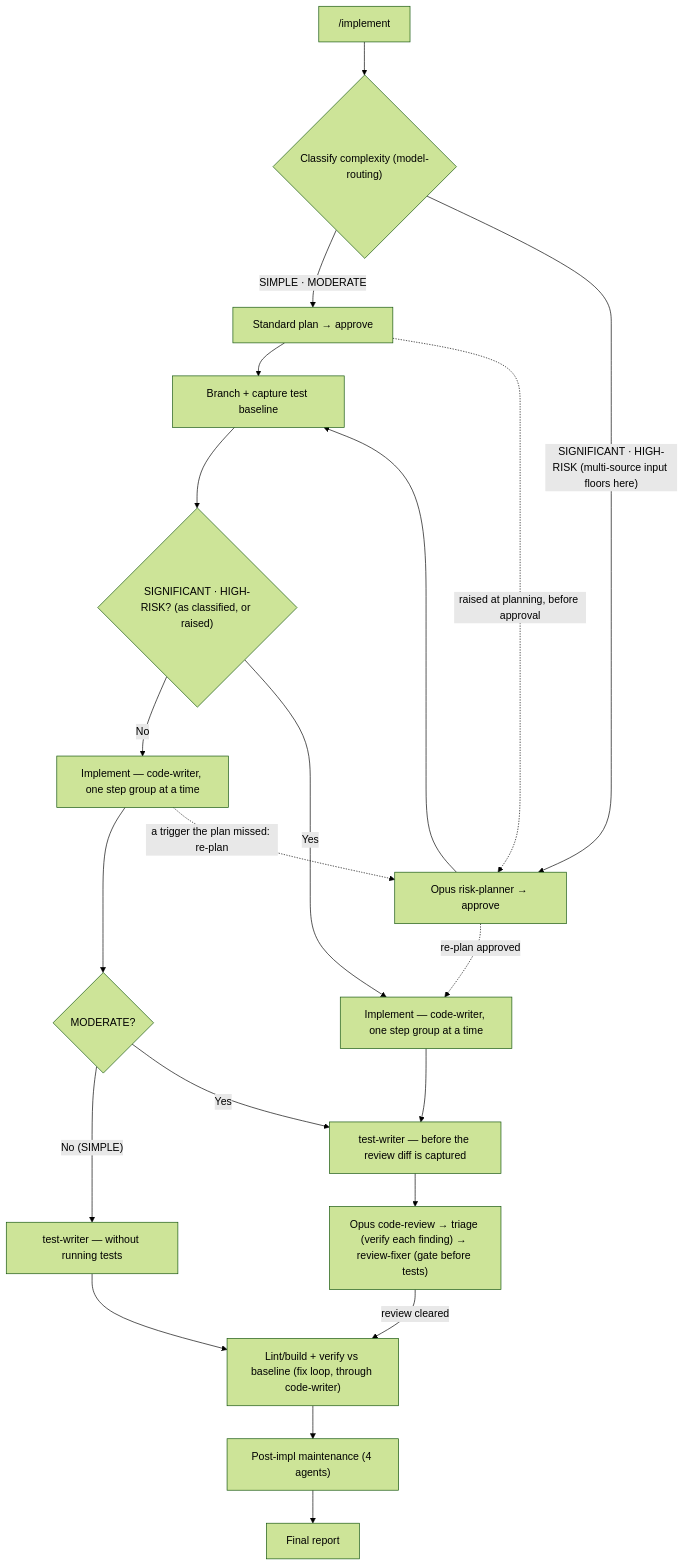
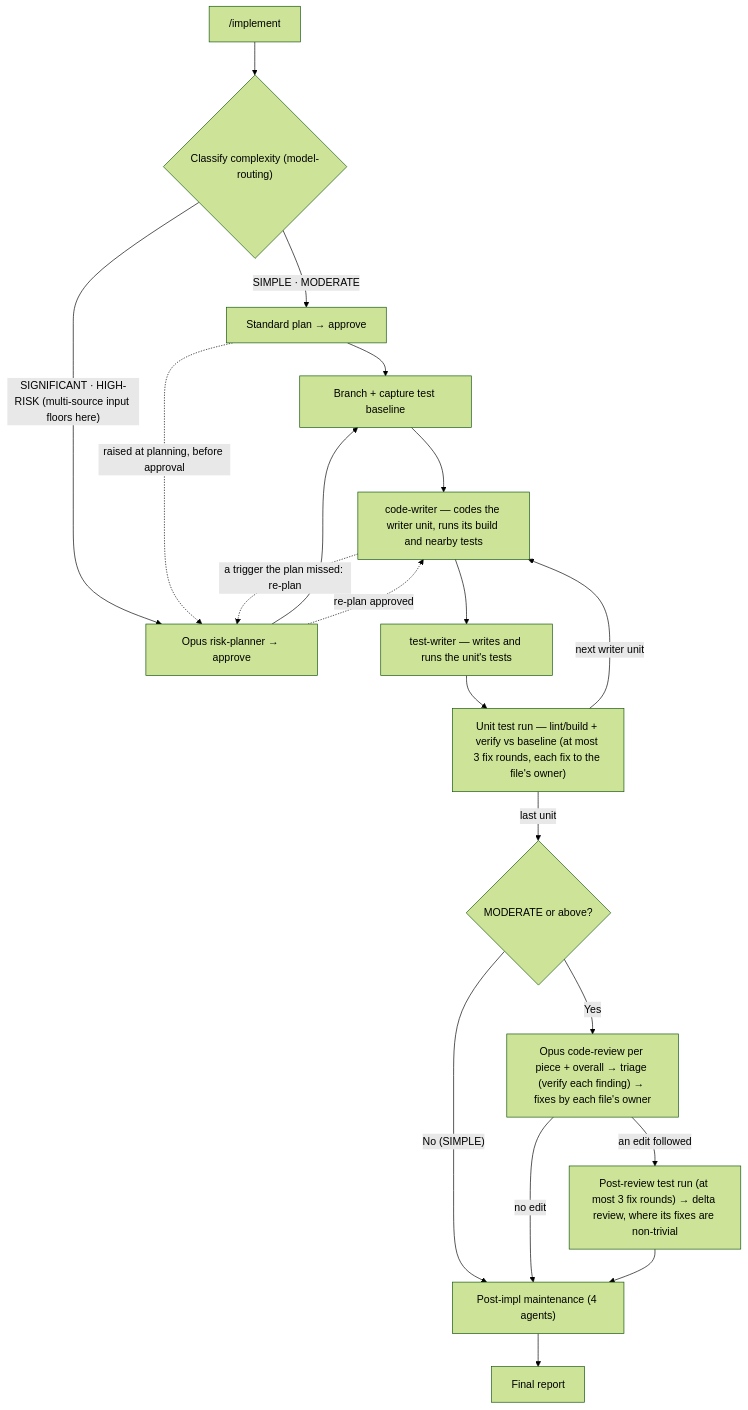
One commit to ihudak/ai-workflows changed the diagram in plugins/dev-workflows/docs/commands/implement.md. Above: the diagram before and after it, drawn with Mermaid (forest theme). The commit also changed other lines of this file and 22 other files, not shown here.

````diff
--- a/plugins/dev-workflows/docs/commands/implement.md
+++ b/plugins/dev-workflows/docs/commands/implement.md
@@ -25,18 +25,22 @@
 ```mermaid
 flowchart TD
     IN["/implement"] --> C{"Classify complexity (model-routing)"}
     C -->|SIMPLE · MODERATE| P1["Standard plan → approve"]
     C -->|"SIGNIFICANT · HIGH-RISK (multi-source input floors here)"| P2["Opus risk-planner → approve"]
     P1 --> BR["Branch + capture test baseline"]
     P2 --> BR
-    BR --> G{"SIGNIFICANT · HIGH-RISK? (as classified, or raised)"}
-    G -->|No| IMA["Implement — code-writer, one step group at a time"] --> M{"MODERATE?"}
-    G -->|Yes| IMB["Implement — code-writer, one step group at a time"] --> TWB["test-writer — before the review diff is captured"] --> RV["Opus code-review → triage (verify each finding) → review-fixer (gate before tests)"]
-    M -->|"No (SIMPLE)"| TWA["test-writer — without running tests"] --> TS["Lint/build + verify vs baseline (fix loop, through code-writer)"]
-    M -->|Yes| TWB
-    RV -->|review cleared| TS
-    TS --> MT["Post-impl maintenance (4 agents)"] --> RP["Final report"]
+    BR --> CW["code-writer — codes the writer unit, runs its build and nearby tests"]
+    CW --> TW["test-writer — writes and runs the unit's tests"]
+    TW --> TS["Unit test run — lint/build + verify vs baseline (at most 3 fix rounds, each fix to the file's owner)"]
+    TS -->|"next writer unit"| CW
+    TS -->|"last unit"| M{"MODERATE or above?"}
+    M -->|"No (SIMPLE)"| MT["Post-impl maintenance (4 agents)"]
+    M -->|Yes| RV["Opus code-review per piece + overall → triage (verify each finding) → fixes by each file's owner"]
+    RV -->|"an edit followed"| PT["Post-review test run (at most 3 fix rounds) → delta review, where its fixes are non-trivial"]
+    RV -->|"no edit"| MT
+    PT --> MT
+    MT --> RP["Final report"]
     P1 -.->|"raised at planning, before approval"| P2
-    IMA -.->|"a trigger the plan missed: re-plan"| P2
-    P2 -.->|"re-plan approved"| IMB
+    CW -.->|"a trigger the plan missed: re-plan"| P2
+    P2 -.->|"re-plan approved"| CW
 ```
````
